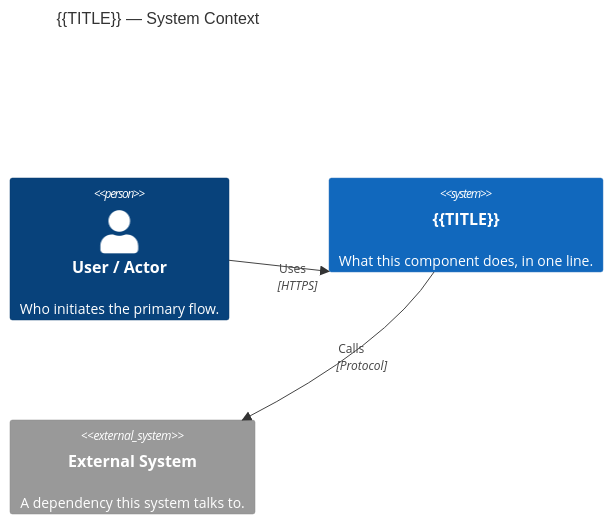
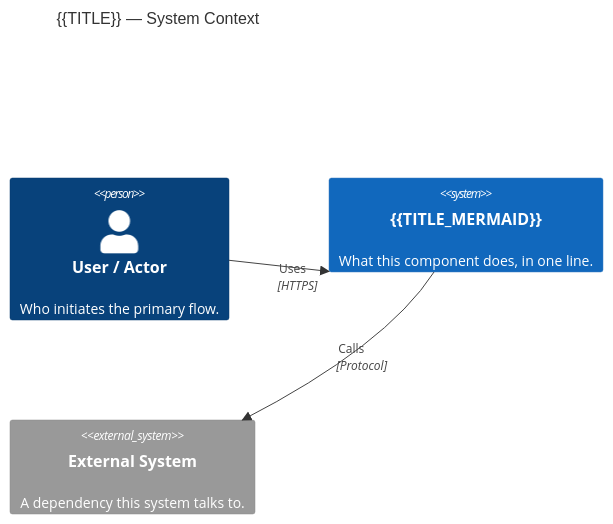
Before and after one commit to generic-automation-and-it/smooth-ai-product-context-memory: the diagram in .agents/skills/create-hld/assets/c4-context.template.md, drawn with Mermaid. The commit also changed 47 other files, not shown here.

````diff
--- a/.agents/skills/create-hld/assets/c4-context.template.md
+++ b/.agents/skills/create-hld/assets/c4-context.template.md
@@ -12,13 +12,13 @@
 ```mermaid
 C4Context
     title {{TITLE}} — System Context
 
     Person(user, "User / Actor", "Who initiates the primary flow.")
 
-    System(thisSystem, "{{TITLE}}", "What this component does, in one line.")
+    System(thisSystem, "{{TITLE_MERMAID}}", "What this component does, in one line.")
 
     System_Ext(ext1, "External System", "A dependency this system talks to.")
 
     Rel(user, thisSystem, "Uses", "HTTPS")
     Rel(thisSystem, ext1, "Calls", "Protocol")
 ```
````
